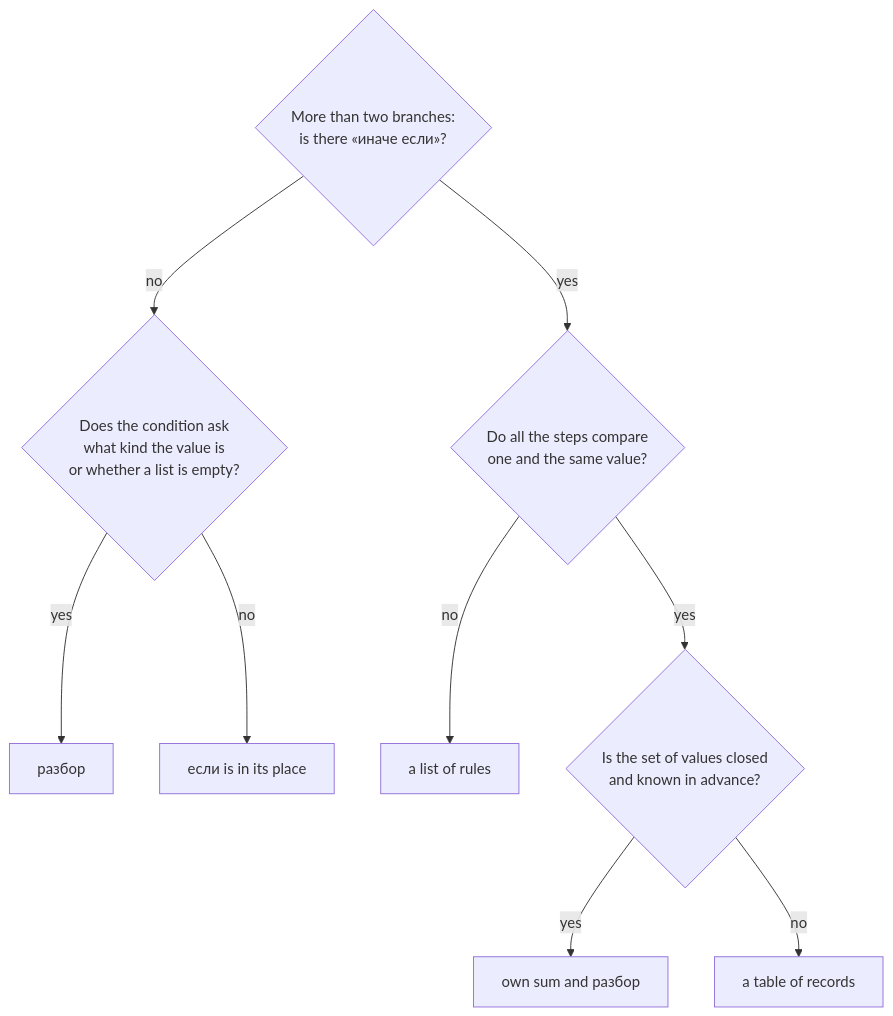
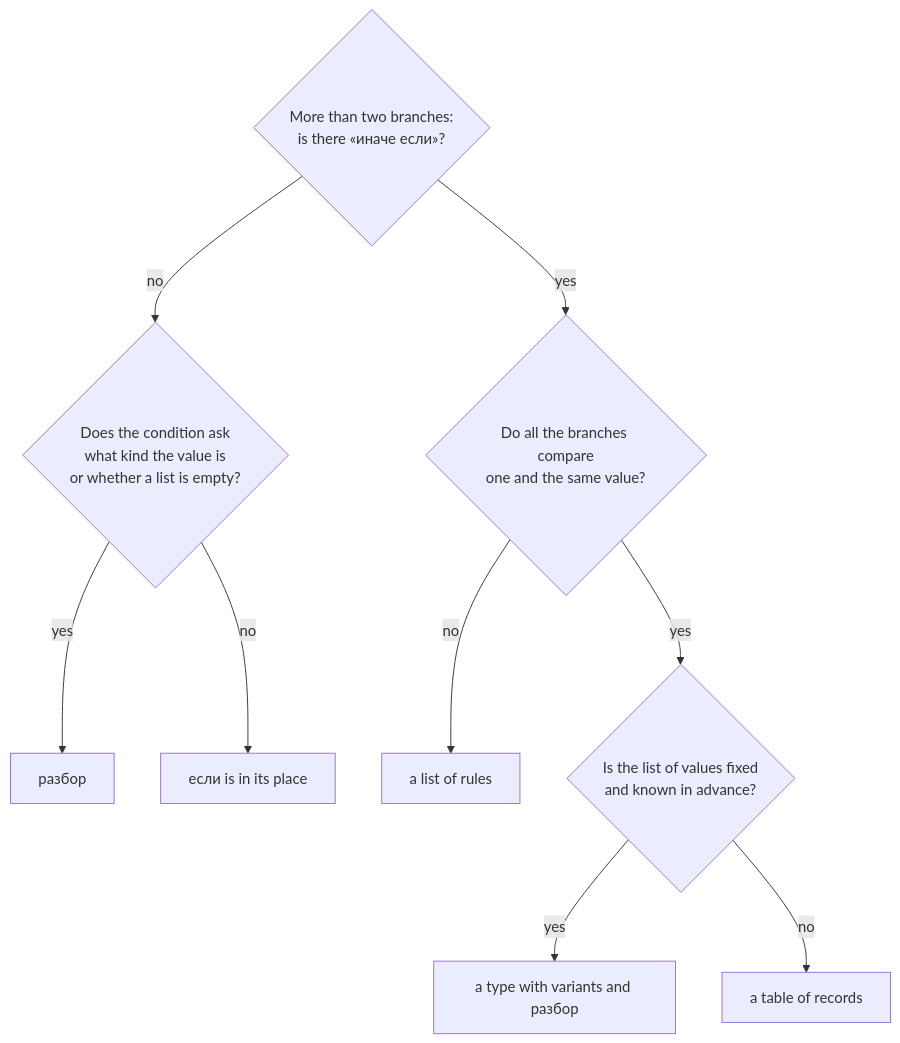
One commit to MyWWWChat/flang changed the third of 4 diagrams in docs/site/which-construct.md. Above: the diagram before and after it, drawn with Mermaid. The commit also changed other lines of this file and 1 other file, not shown here.

````diff
--- a/docs/site/which-construct.md
+++ b/docs/site/which-construct.md
@@ -86,14 +128,14 @@
 ```mermaid When «если» is in its place
 flowchart TD
   I1{More than two branches:<br>is there «иначе если»?}
   I1 -->|no| I2{Does the condition ask<br>what kind the value is<br>or whether a list is empty?}
   I2 -->|yes| N1[разбор]
   I2 -->|no| N2[если is in its place]
-  I1 -->|yes| I3{Do all the steps compare<br>one and the same value?}
+  I1 -->|yes| I3{Do all the branches compare<br>one and the same value?}
   I3 -->|no| N3[a list of rules]
-  I3 -->|yes| I4{Is the set of values closed<br>and known in advance?}
-  I4 -->|yes| N4[own sum and разбор]
+  I3 -->|yes| I4{Is the list of values fixed<br>and known in advance?}
+  I4 -->|yes| N4[a type with variants and разбор]
   I4 -->|no| N5[a table of records]
   class N1,N4 glavnoe
   class N2,N3,N5 vyvod
 ```
````
